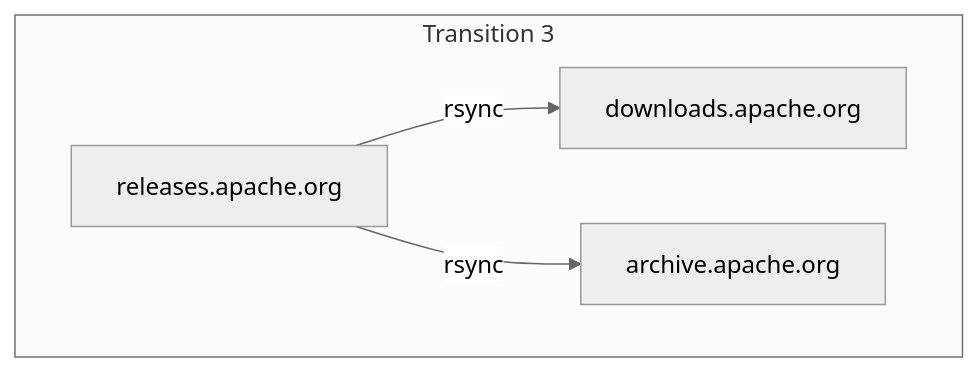
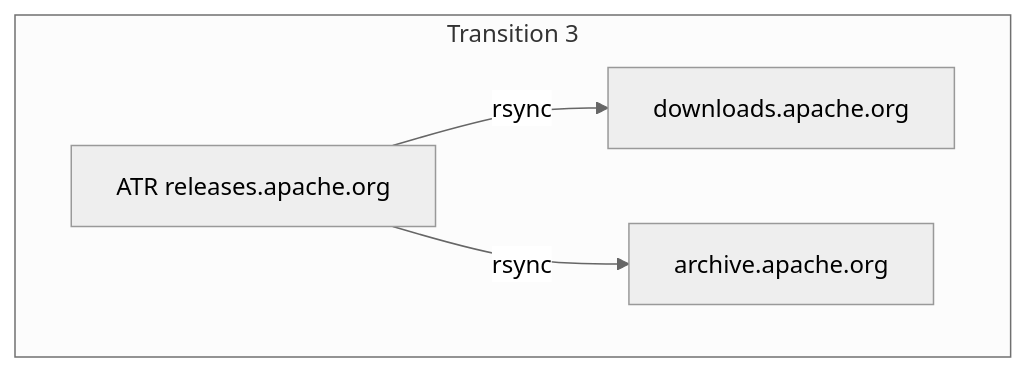
Before and after one commit to apache/tooling-docs: the sixth of 7 diagrams in content/pages/svn-dist.md, drawn with Mermaid (neutral theme). The commit also changed other lines of this file, not shown here.

````diff
--- a/content/pages/svn-dist.md
+++ b/content/pages/svn-dist.md
@@ -132,10 +132,10 @@
 ```mermaid
 flowchart
   subgraph Transition 3
-    ATR[releases.apache.org]
+    ATR[ATR releases.apache.org]
     C["downloads.apache.org"]
     D[archive.apache.org]
     ATR -->|rsync| C
     ATR -->|rsync| D
   end
 ```
````
